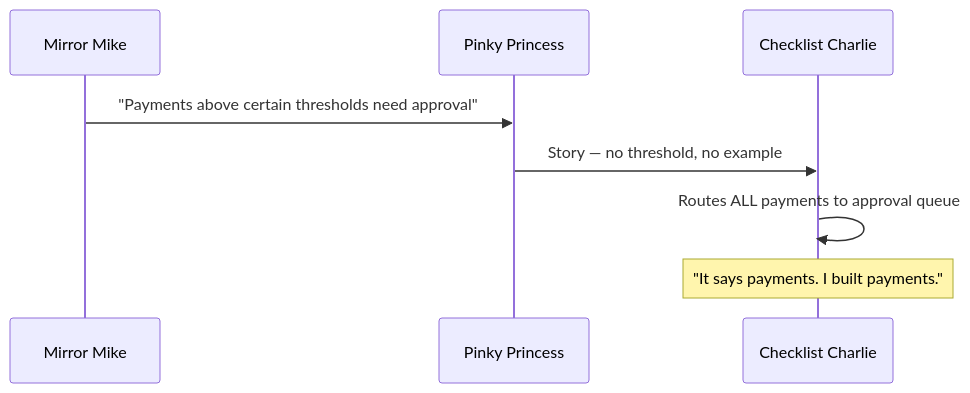
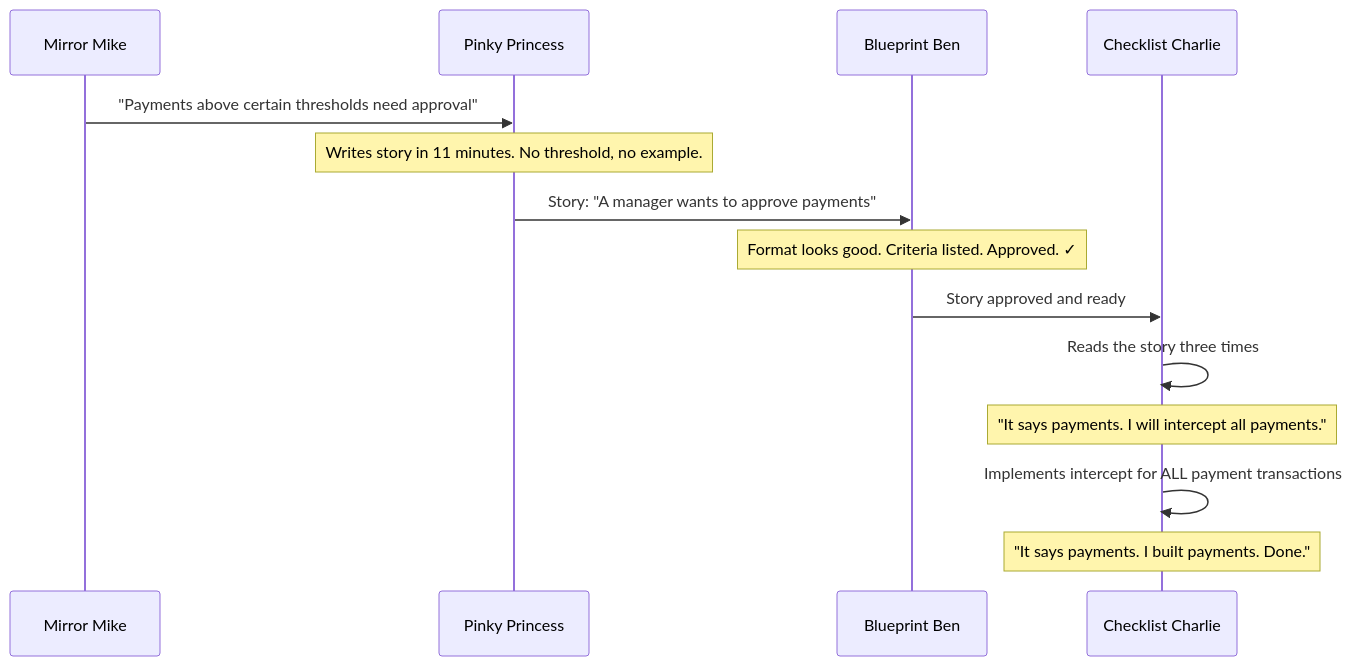
Before and after one commit to truedoctales/truedoctales-4j: the diagram in fairy-doc-tales/02_mirror-stakeholder/01_mirror-stakeholder.md, drawn with Mermaid. The commit also changed other lines of this file and 3 other files, not shown here.

````diff
--- a/fairy-doc-tales/02_mirror-stakeholder/01_mirror-stakeholder.md
+++ b/fairy-doc-tales/02_mirror-stakeholder/01_mirror-stakeholder.md
@@ -83,10 +140,17 @@
 ```mermaid
 sequenceDiagram
     participant MM as Mirror Mike
     participant PP as Pinky Princess
+    participant BB as Blueprint Ben
     participant CC as Checklist Charlie
+
     MM->>PP: "Payments above certain thresholds need approval"
-    PP->>CC: Story — no threshold, no example
-    CC->>CC: Routes ALL payments to approval queue
-    Note over CC: "It says payments. I built payments."
+    Note over PP: Writes story in 11 minutes. No threshold, no example.
+    PP->>BB: Story: "A manager wants to approve payments"
+    Note over BB: Format looks good. Criteria listed. Approved. ✓
+    BB->>CC: Story approved and ready
+    CC->>CC: Reads the story three times
+    Note over CC: "It says payments. I will intercept all payments."
+    CC->>CC: Implements intercept for ALL payment transactions
+    Note over CC: "It says payments. I built payments. Done."
 ```
````
